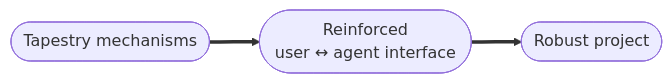
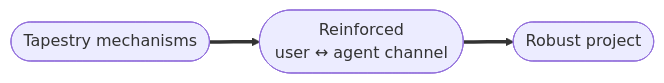
The diagram in apps/docs-site/src/content/docs/start/what-stays-on-track.md (Lizo-RoadTown/tapestry), drawn with Mermaid before and after one commit. The commit also changed other lines of this file and 11 other files, not shown here.

````diff
--- a/apps/docs-site/src/content/docs/start/what-stays-on-track.md
+++ b/apps/docs-site/src/content/docs/start/what-stays-on-track.md
@@ -40,7 +29,7 @@
 ```mermaid
 flowchart LR
   A(["Tapestry mechanisms"])
-  B(["Reinforced<br/>user ↔ agent interface"])
+  B(["Reinforced<br/>user ↔ agent channel"])
   C(["Robust project"])
   A ==> B ==> C
 ```
````
